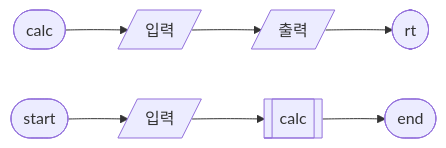
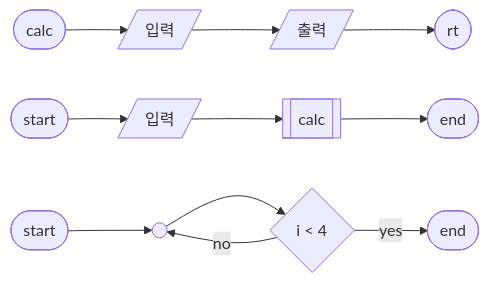
The second of 2 diagrams in README.md (JYSabcd/Project01), drawn with Mermaid before and after one commit.

Commit message:
mermaid test 추가

````diff
--- a/README.md
+++ b/README.md
@@ -14,12 +14,17 @@
 ```mermaid
 flowchart LR
     calc([calc])
     calc --> inp[/입력/]
     inp --> out[/출력/]
     out --> rt([rt])
 
     start([start]) --> inp1[/입력/]
     inp1 --> fun1[[calc]] 
     %% 네모 겹친 것은 함수 호출 %%
     fun1 --> end1([end])
+
+    start1([start]) --> blank((" "))
+    blank --> cond{i < 4}
+    cond -->|no| blank
+    cond -->|yes| end2([end])
 ```
````
